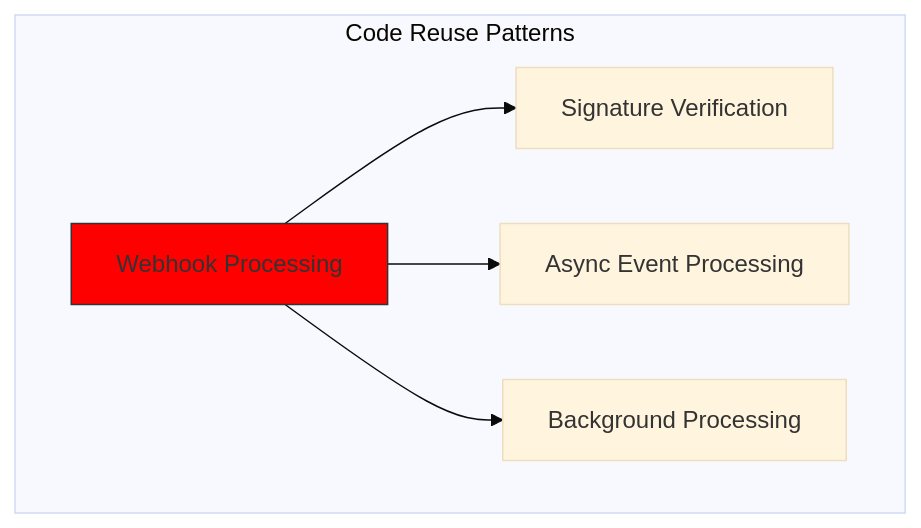
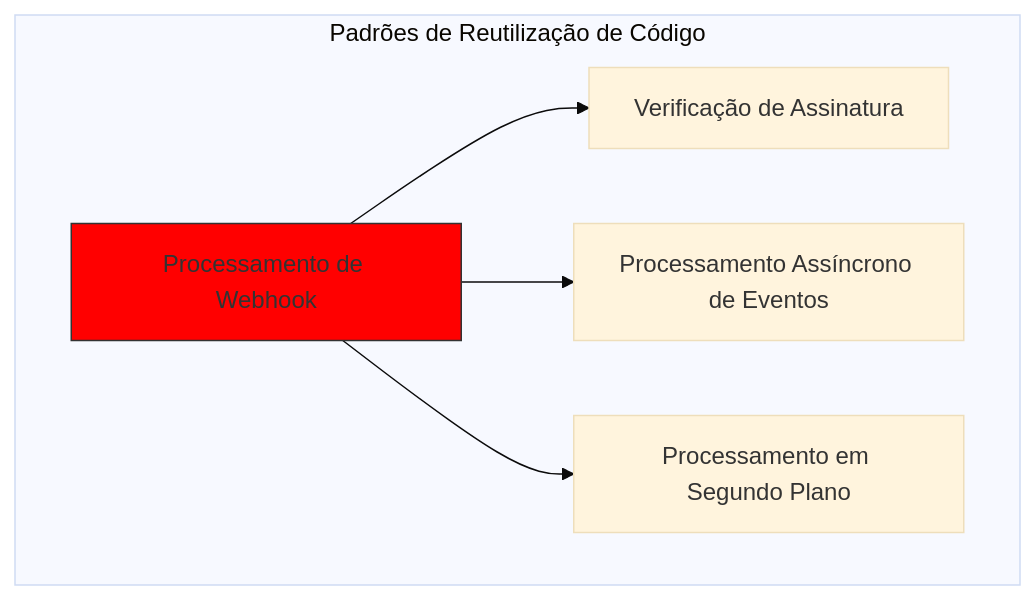
The sixth of 7 diagrams in app/views/docs/building-reliable-payment-system-stripe-paypal/index-pt.md (forwardemail/forwardemail.net), drawn with Mermaid (base theme) before and after one commit. The commit also changed other lines of this file and 1055 other files, not shown here.

````diff
--- a/app/views/docs/building-reliable-payment-system-stripe-paypal/index-pt.md
+++ b/app/views/docs/building-reliable-payment-system-stripe-paypal/index-pt.md
@@ -640,14 +644,14 @@
 ```mermaid
 graph TD
-    subgraph "Code Reuse Patterns"
-        L[Webhook Processing] --> M[Signature Verification]
-        L --> N[Async Event Processing]
-        L --> O[Background Processing]
+    subgraph "Padrões de Reutilização de Código"
+        L[Processamento de Webhook] --> M[Verificação de Assinatura]
+        L --> N[Processamento Assíncrono de Eventos]
+        L --> O[Processamento em Segundo Plano]
     end
 
     classDef primary fill:blue,stroke:#333,stroke-width:2px;
     classDef secondary fill:red,stroke:#333,stroke-width:1px;
 
     class A,P,V primary;
     class B,C,D,E,I,L,Q,R,S,W,X,Y,Z secondary;
 ```
````
